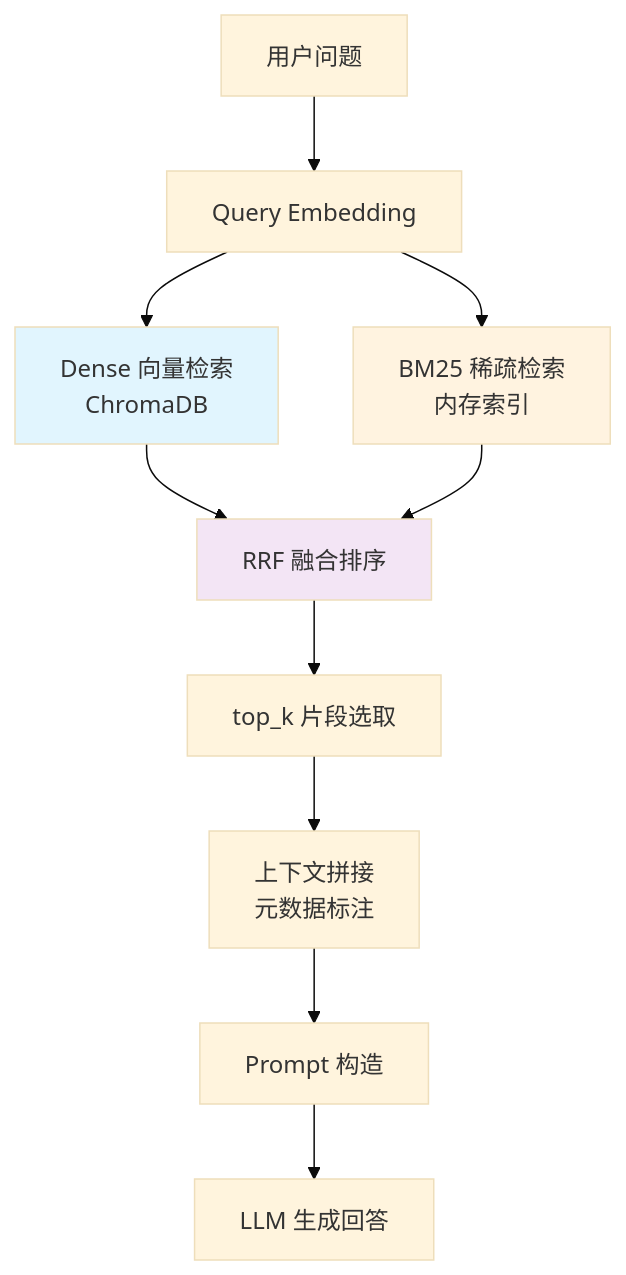
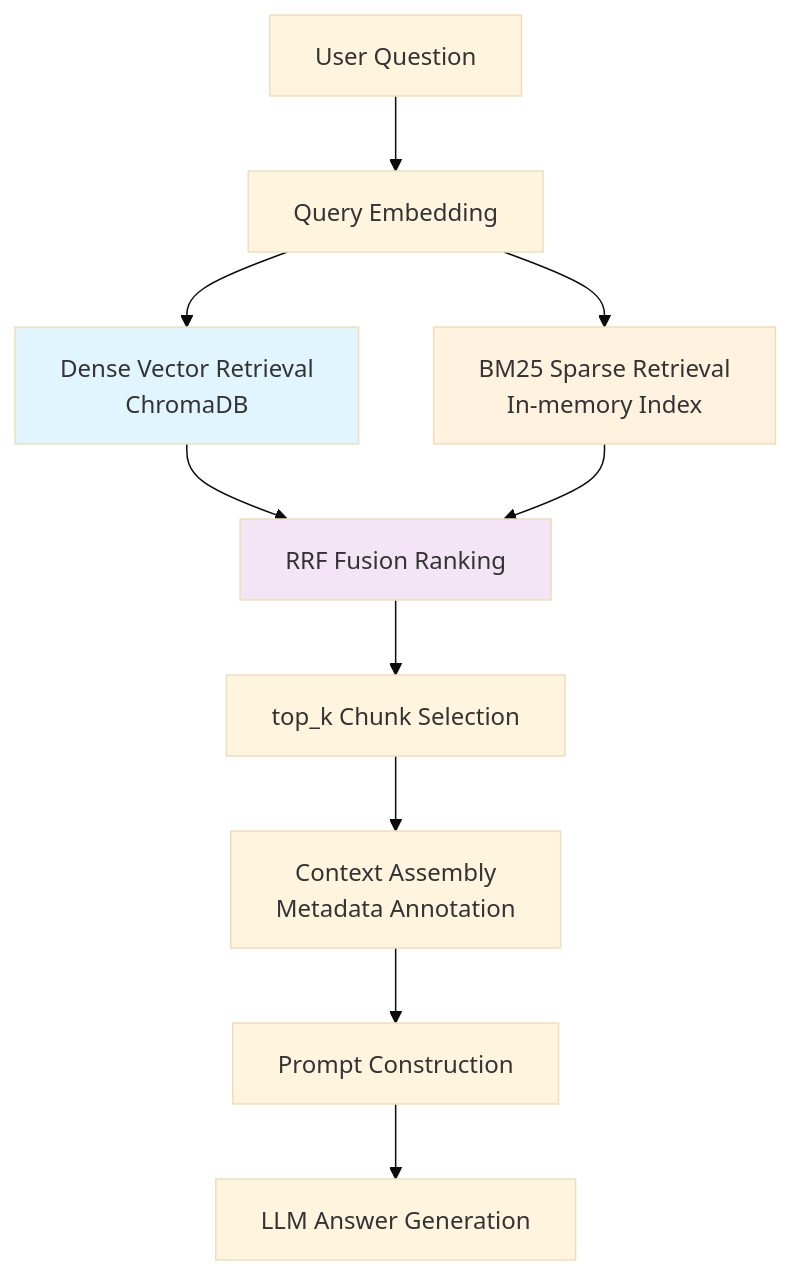
The first of 2 diagrams in docs/docs/advanced/optimization.mdx (XUranus/dungeon), drawn with Mermaid (base theme) before and after one commit. The commit also changed other lines of this file and 75 other files, not shown here.

````diff
--- a/docs/docs/advanced/optimization.mdx
+++ b/docs/docs/advanced/optimization.mdx
@@ -14,16 +14,16 @@
 ```mermaid
 flowchart TD
-    Q[用户问题] --> EMB[Query Embedding]
-    EMB --> DENSE[Dense 向量检索<br/>ChromaDB]
-    EMB --> BM25[BM25 稀疏检索<br/>内存索引]
-    DENSE --> RRF[RRF 融合排序]
+    Q[User Question] --> EMB[Query Embedding]
+    EMB --> DENSE[Dense Vector Retrieval<br/>ChromaDB]
+    EMB --> BM25[BM25 Sparse Retrieval<br/>In-memory Index]
+    DENSE --> RRF[RRF Fusion Ranking]
     BM25 --> RRF
-    RRF --> TOP_K[top_k 片段选取]
-    TOP_K --> PREPROCESS[上下文拼接<br/>元数据标注]
-    PREPROCESS --> PROMPT[Prompt 构造]
-    PROMPT --> LLM[LLM 生成回答]
+    RRF --> TOP_K[top_k Chunk Selection]
+    TOP_K --> PREPROCESS[Context Assembly<br/>Metadata Annotation]
+    PREPROCESS --> PROMPT[Prompt Construction]
+    PROMPT --> LLM[LLM Answer Generation]
 
     style DENSE fill:#e1f5fe
     style BM25 fill:#fff3e0
     style RRF fill:#f3e5f5
 ```
````
